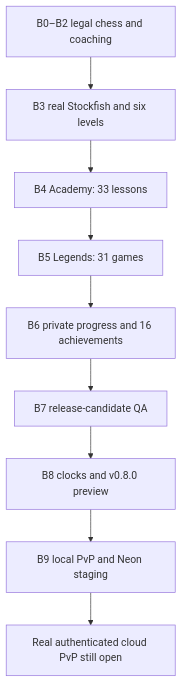
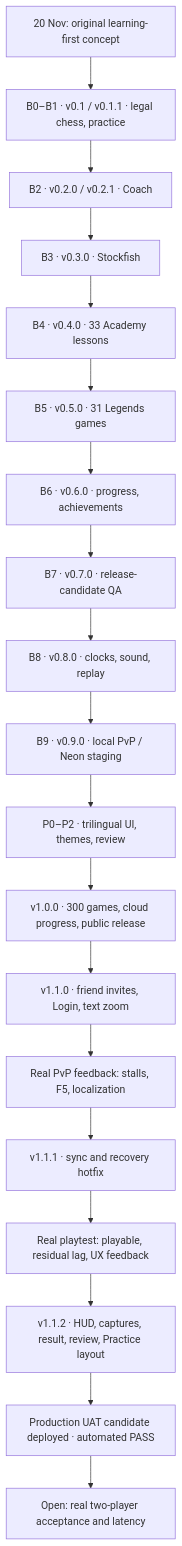
The diagram in projects/independent-game-studio/games/chess-odyssey/README.md (KonstantinOreshnikov/KonstantinOreshnikov), drawn with Mermaid before and after one commit. The commit also changed other lines of this file and 17 other files, not shown here.

Commit message:
docs(chess): reconcile v1.1.2 release, complete development map and feedback defect history

````diff
--- a/projects/independent-game-studio/games/chess-odyssey/README.md
+++ b/projects/independent-game-studio/games/chess-odyssey/README.md
@@ -129,11 +113,21 @@
 ```mermaid
-flowchart TB
- A[B0–B2 legal chess and coaching] --> B[B3 real Stockfish and six levels]
- B --> C[B4 Academy: 33 lessons]
- C --> D[B5 Legends: 31 games]
- D --> E[B6 private progress and 16 achievements]
- E --> F[B7 release-candidate QA]
- F --> G[B8 clocks and v0.8.0 preview]
- G --> H[B9 local PvP and Neon staging]
- H --> I[Real authenticated cloud PvP still open]
+flowchart TD
+ A["20 Nov: original learning-first concept"] --> B["B0–B1 · v0.1 / v0.1.1 · legal chess, practice"]
+ B --> C["B2 · v0.2.0 / v0.2.1 · Coach"]
+ C --> D["B3 · v0.3.0 · Stockfish"]
+ D --> E["B4 · v0.4.0 · 33 Academy lessons"]
+ E --> F["B5 · v0.5.0 · 31 Legends games"]
+ F --> G["B6 · v0.6.0 · progress, achievements"]
+ G --> H["B7 · v0.7.0 · release-candidate QA"]
+ H --> I["B8 · v0.8.0 · clocks, sound, replay"]
+ I --> J["B9 · v0.9.0 · local PvP / Neon staging"]
+ J --> K["P0–P2 · trilingual UI, themes, review"]
+ K --> L["v1.0.0 · 300 games, cloud progress, public release"]
+ L --> M["v1.1.0 · friend invites, Login, text zoom"]
+ M --> N["Real PvP feedback: stalls, F5, localization"]
+ N --> O["v1.1.1 · sync and recovery hotfix"]
+ O --> P["Real playtest: playable, residual lag, UX feedback"]
+ P --> Q["v1.1.2 · HUD, captures, result, review, Practice layout"]
+ Q --> R["Production UAT candidate deployed · automated PASS"]
+ R --> S["Open: real two-player acceptance and latency"]
 ```
````
